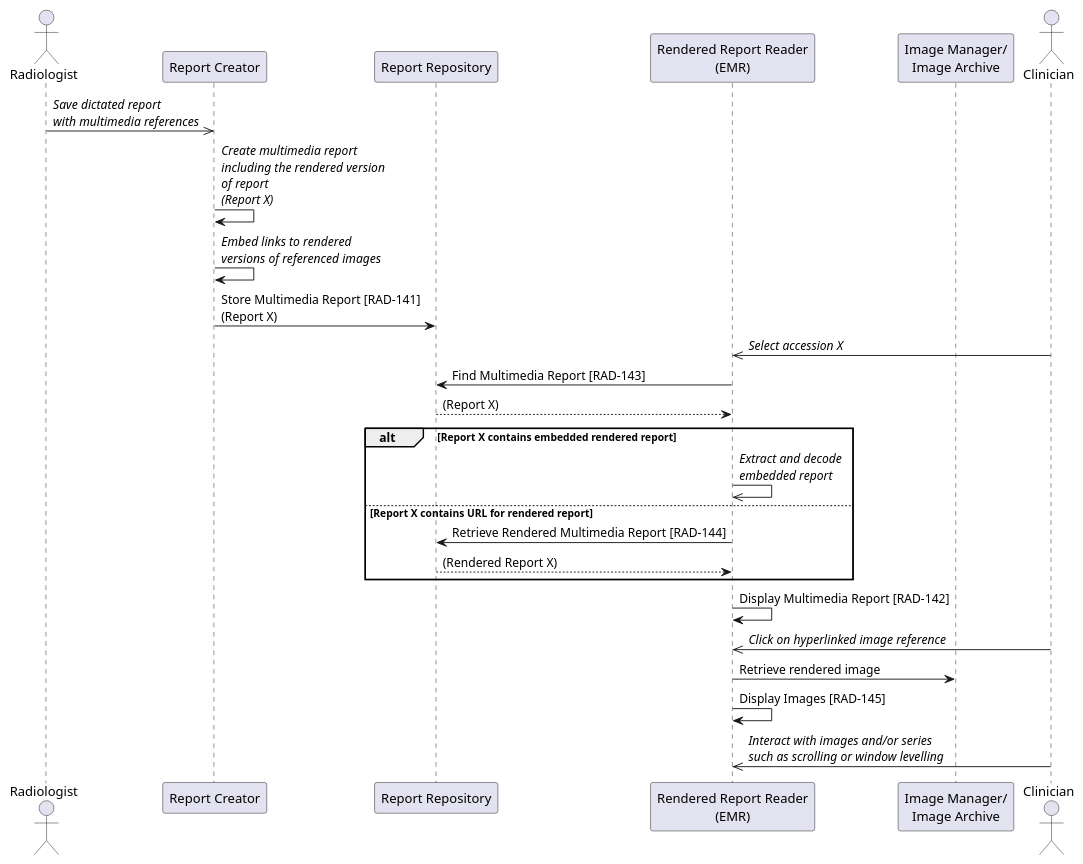
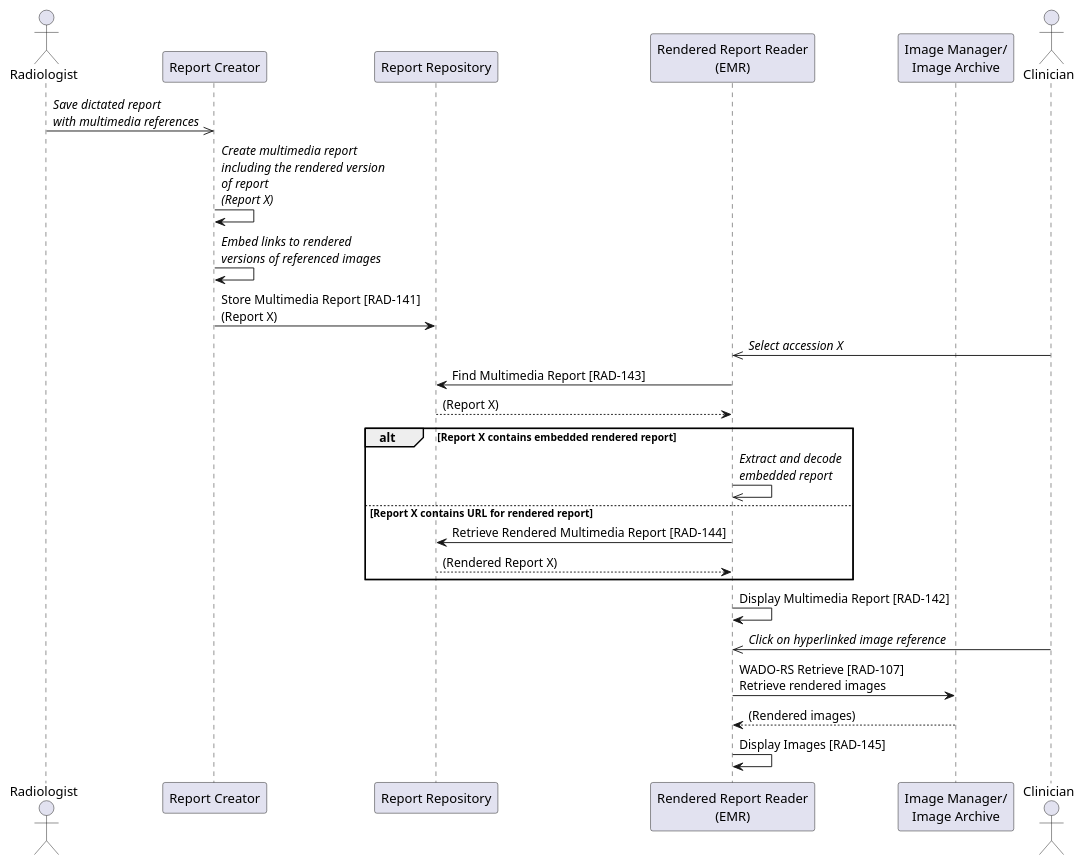
Before and after one commit to IHE/RAD.IMR: the diagram in input/images-source/uc1-presenting-interactive-report-presentedform.plantuml, drawn with PlantUML. The commit also changed 1 other file, not shown here.

```diff
--- a/input/images-source/uc1-presenting-interactive-report-presentedform.plantuml
+++ b/input/images-source/uc1-presenting-interactive-report-presentedform.plantuml
@@ -1,39 +1,38 @@
 @startuml
 
 actor "Radiologist" as Rad
 
 participant "Report Creator" as RCreator
 participant "Report Repository" as Repo
 participant "Rendered Report Reader\n(EMR)" as EMR
 
 participant "Image Manager/\nImage Archive" as Archive
 
 actor Clinician as Clinician
 
 Rad->>RCreator: //Save dictated report//\n//with multimedia references//
 RCreator->RCreator: //Create multimedia report//\n//including the rendered version//\n//of report//\n//(Report X)//
 RCreator->RCreator: //Embed links to rendered//\n//versions of referenced images//
 
 RCreator->Repo: Store Multimedia Report [RAD-141]\n(Report X)
 
 Clinician->>EMR: //Select accession X//
 
 EMR->Repo: Find Multimedia Report [RAD-143]
 Repo-->EMR:(Report X)
 
 alt Report X contains embedded rendered report
 EMR->>EMR: //Extract and decode//\n//embedded report//
 else Report X contains URL for rendered report
 EMR->Repo: Retrieve Rendered Multimedia Report [RAD-144]
 Repo-->EMR: (Rendered Report X)
 end
 
 EMR->EMR: Display Multimedia Report [RAD-142]
 Clinician->>EMR: //Click on hyperlinked image reference//
 
-EMR->Archive: Retrieve rendered image
+EMR->Archive: WADO-RS Retrieve [RAD-107]\nRetrieve rendered images
+Archive-->EMR: (Rendered images)
 EMR->EMR: Display Images [RAD-145]
 
-Clinician->>EMR: //Interact with images and/or series//\n//such as scrolling or window levelling//
-
 @enduml
```
